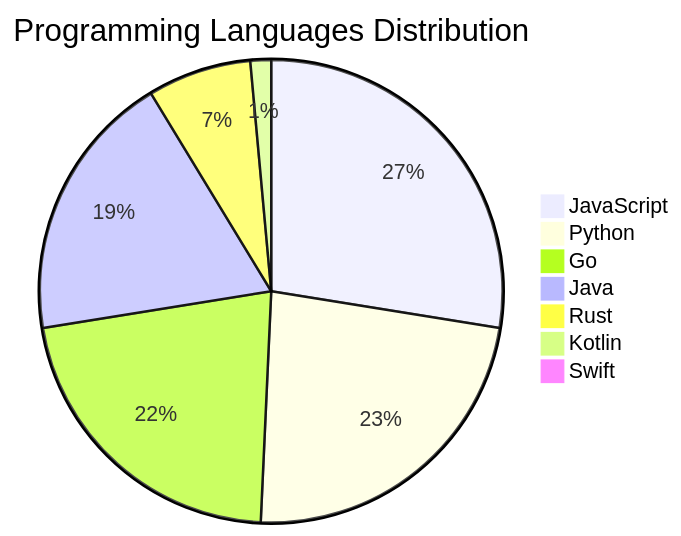
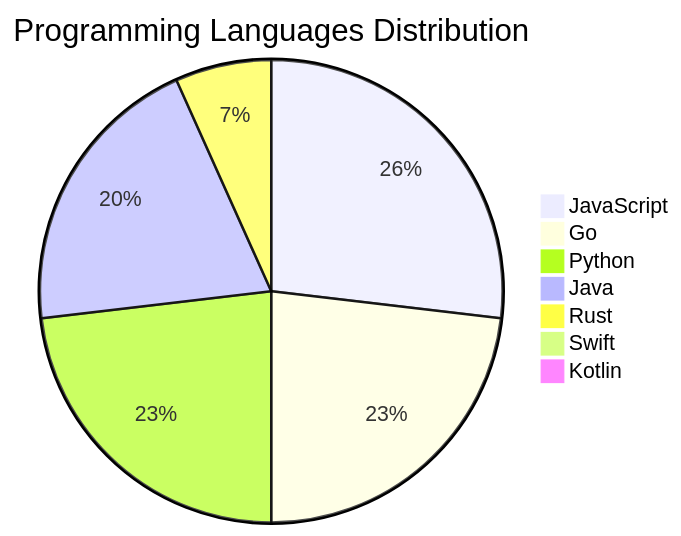
One commit to Derrick-MUGISHA/github-activity-bot changed the diagram in README.md. Above: the diagram before and after it, drawn with Mermaid. The commit also changed other lines of this file and 4 other files, not shown here.

````diff
--- a/README.md
+++ b/README.md
@@ -207,10 +207,10 @@
 ```mermaid
 pie title Programming Languages Distribution
-    "JavaScript" : 38
-    "Python" : 32
-    "Go" : 30
-    "Java" : 26
-    "Rust" : 10
-    "Kotlin" : 2
+    "JavaScript" : 36
+    "Go" : 31
+    "Python" : 31
+    "Java" : 27
+    "Rust" : 9
     "Swift" : 1
+    "Kotlin" : 1
 ```
````
